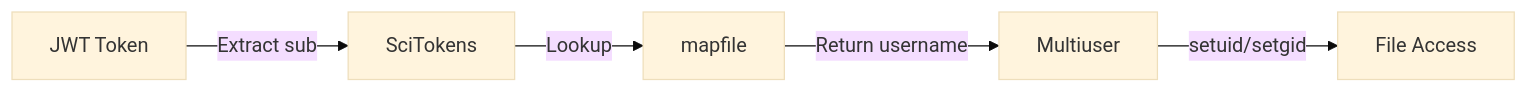
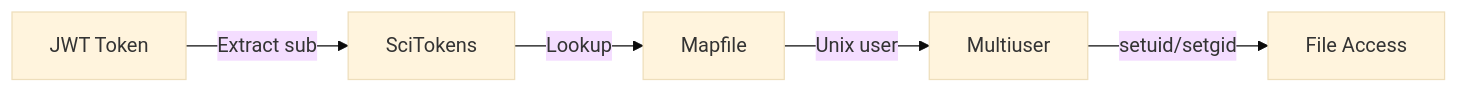
One commit to AnarManafov/dataharbor changed the second of 2 diagrams in docker/xrootd/README.md. Above: the diagram before and after it, drawn with Mermaid (base theme). The commit also changed other lines of this file and 45 other files, not shown here.

````diff
--- a/docker/xrootd/README.md
+++ b/docker/xrootd/README.md
@@ -31,7 +93,7 @@
 ```mermaid
 flowchart LR
     TOKEN[JWT Token] -->|Extract sub| SCI[SciTokens]
-    SCI -->|Lookup| MAP[mapfile]
-    MAP -->|Return username| MULTI[Multiuser]
+    SCI -->|Lookup| MAP[Mapfile]
+    MAP -->|Unix user| MULTI[Multiuser]
     MULTI -->|setuid/setgid| FS[File Access]
 ```
````
